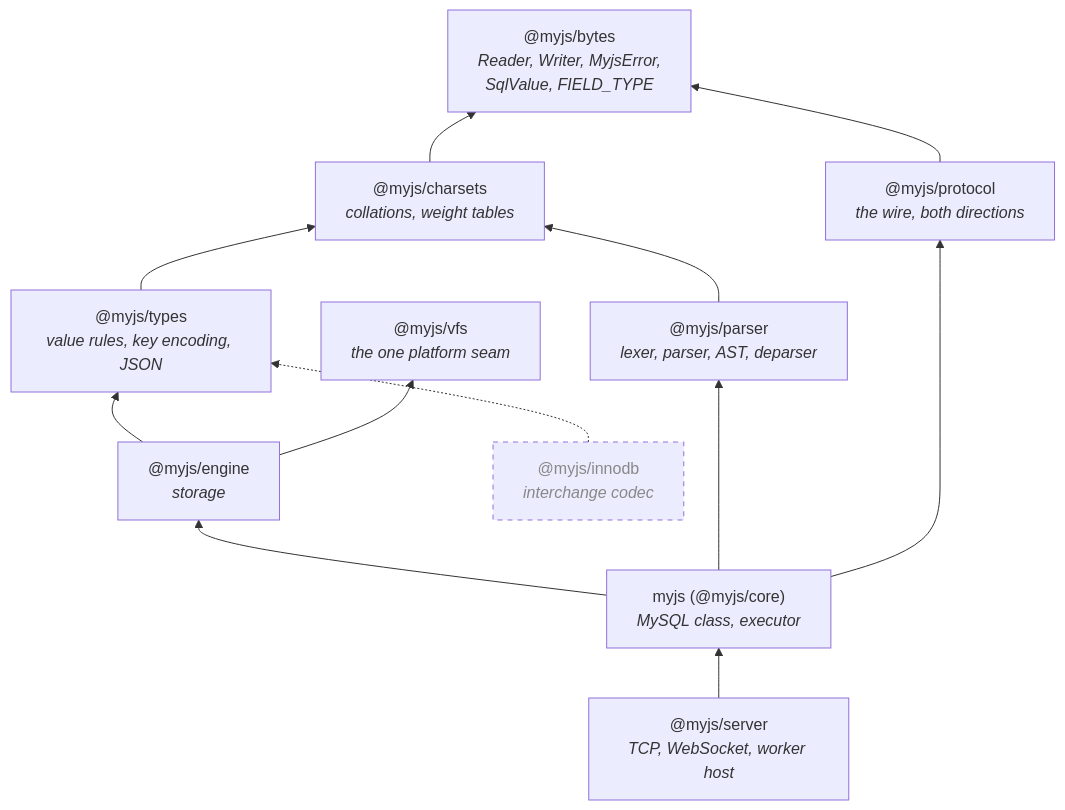
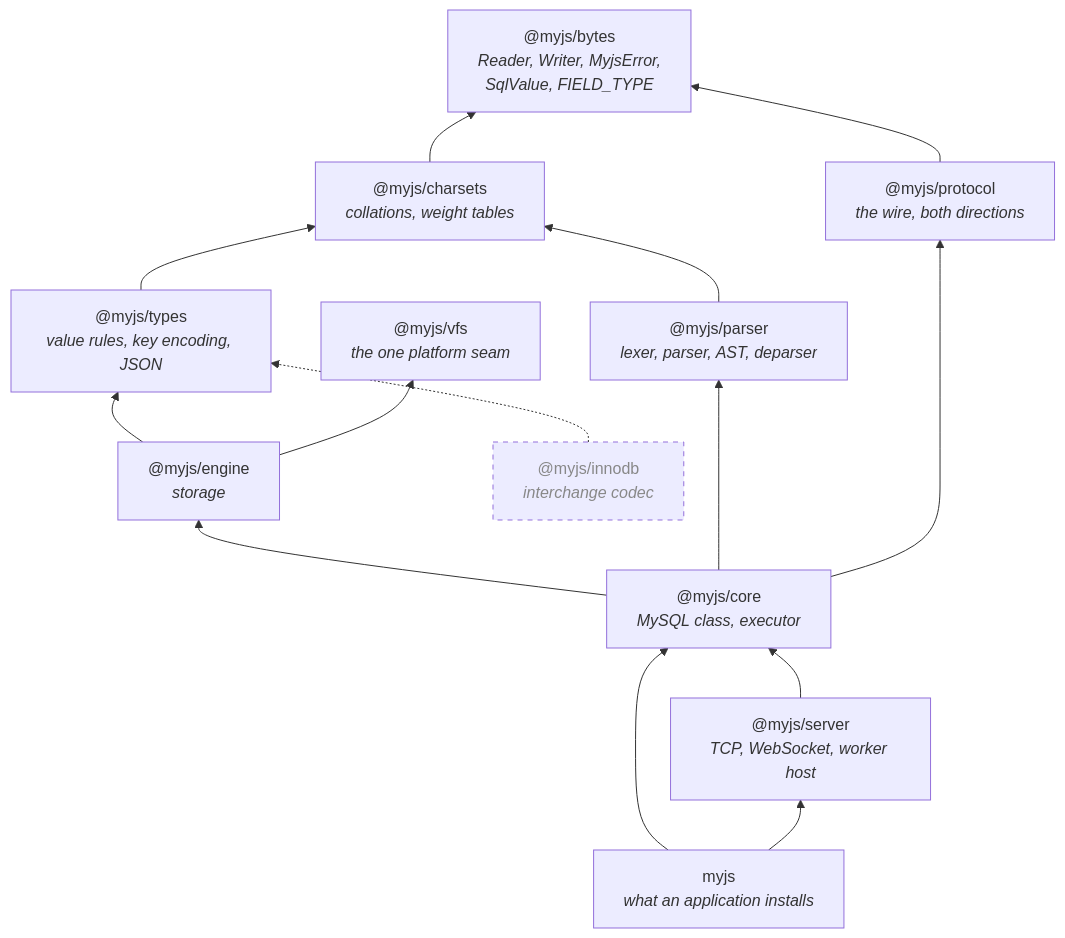
The fourth of 12 diagrams in ARCHITECTURE.md (park-brian/mysql), drawn with Mermaid before and after one commit. The commit also changed other lines of this file and 2 other files, not shown here.

First line of the commit message:
Docs for 0.3: doc 42 says what 0.3 builds

````diff
--- a/ARCHITECTURE.md
+++ b/ARCHITECTURE.md
@@ -239,26 +239,29 @@
 ```mermaid
 flowchart BT
     bytes["@myjs/bytes<br/><i>Reader, Writer, MyjsError,<br/>SqlValue, FIELD_TYPE</i>"]
     charsets["@myjs/charsets<br/><i>collations, weight tables</i>"]
     types["@myjs/types<br/><i>value rules, key encoding, JSON</i>"]
     parser["@myjs/parser<br/><i>lexer, parser, AST, deparser</i>"]
     protocol["@myjs/protocol<br/><i>the wire, both directions</i>"]
     vfs["@myjs/vfs<br/><i>the one platform seam</i>"]
     engine["@myjs/engine<br/><i>storage</i>"]
     innodb["@myjs/innodb<br/><i>interchange codec</i>"]:::planned
-    core["myjs (@myjs/core)<br/><i>MySQL class, executor</i>"]
+    core["@myjs/core<br/><i>MySQL class, executor</i>"]
     server["@myjs/server<br/><i>TCP, WebSocket, worker host</i>"]
+    myjs["myjs<br/><i>what an application installs</i>"]
 
     charsets --> bytes
     types --> charsets
     parser --> charsets
     protocol --> bytes
     engine --> types
     engine --> vfs
     innodb -.-> types
     core --> engine
     core --> parser
     core --> protocol
     server --> core
+    myjs --> core
+    myjs --> server
     classDef planned stroke-dasharray: 5 5,color:#888
 ```
````
